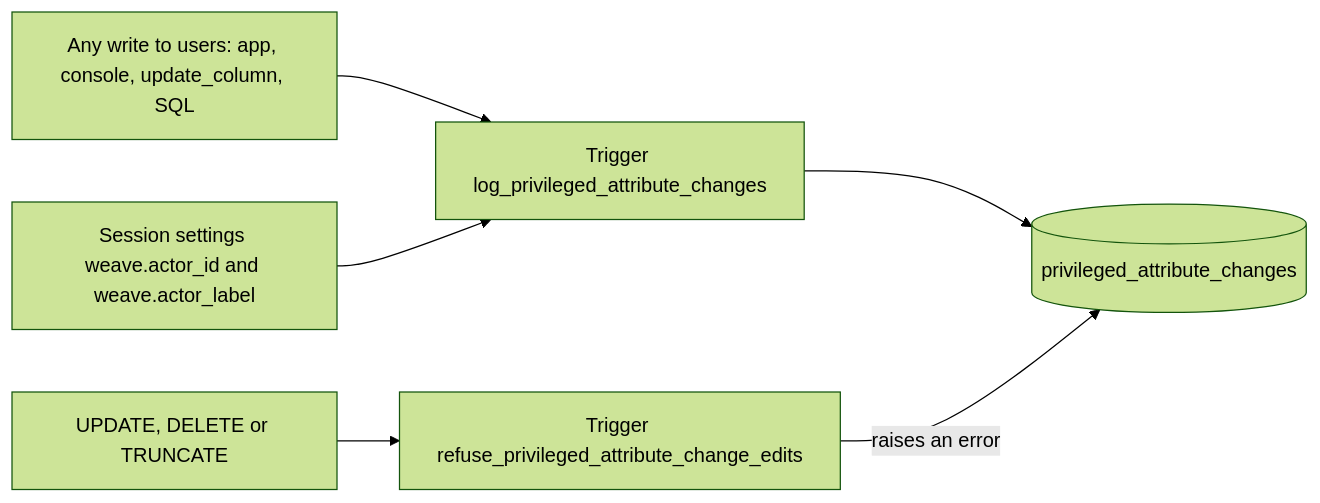
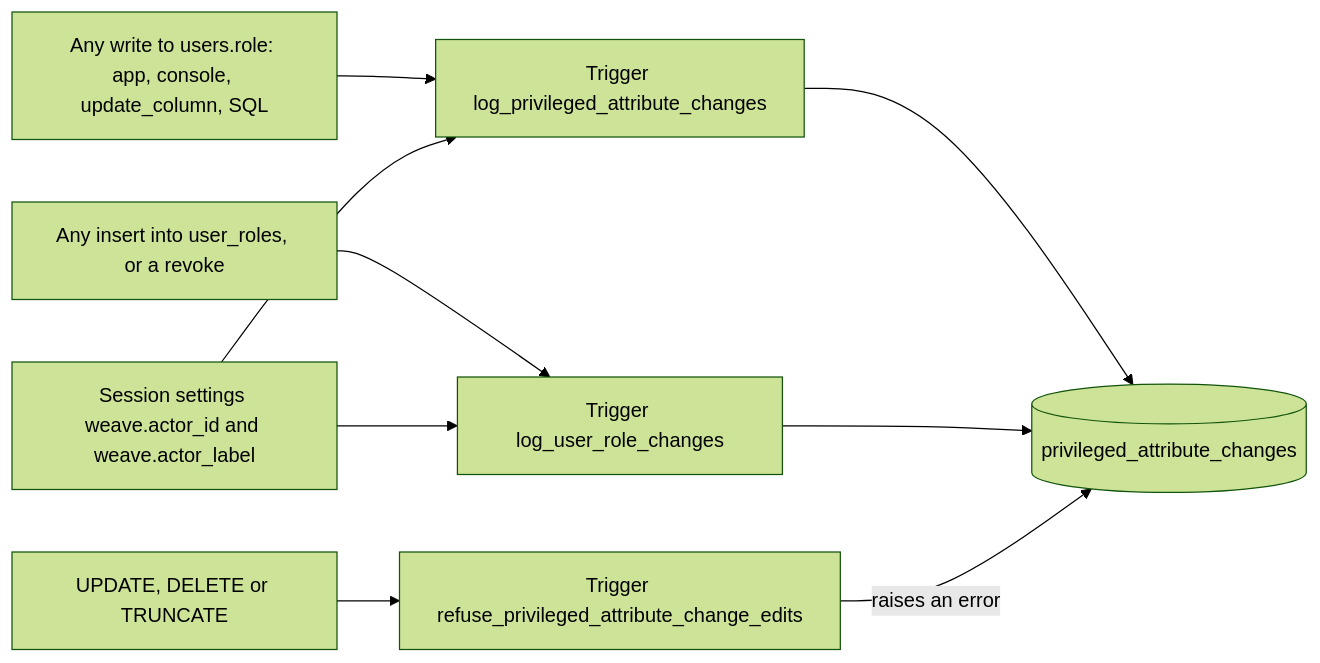
Before and after one commit to patchworklabsorg/weave: the tenth of 25 diagrams in docs/KYC.md, drawn with Mermaid (forest theme). The commit also changed other lines of this file and 57 other files, not shown here.

````diff
--- a/docs/KYC.md
+++ b/docs/KYC.md
@@ -419,8 +485,11 @@
 ```mermaid
 flowchart LR
-  W[Any write to users: app, console, update_column, SQL] --> T[Trigger log_privileged_attribute_changes]
+  W[Any write to users.role: app, console, update_column, SQL] --> T[Trigger log_privileged_attribute_changes]
+  UR[Any insert into user_roles, or a revoke] --> TR[Trigger log_user_role_changes]
   S[Session settings weave.actor_id and weave.actor_label] --> T
+  S --> TR
   T --> L[(privileged_attribute_changes)]
+  TR --> L
   X[UPDATE, DELETE or TRUNCATE] --> R[Trigger refuse_privileged_attribute_change_edits]
   R -->|raises an error| L
 ```
````
